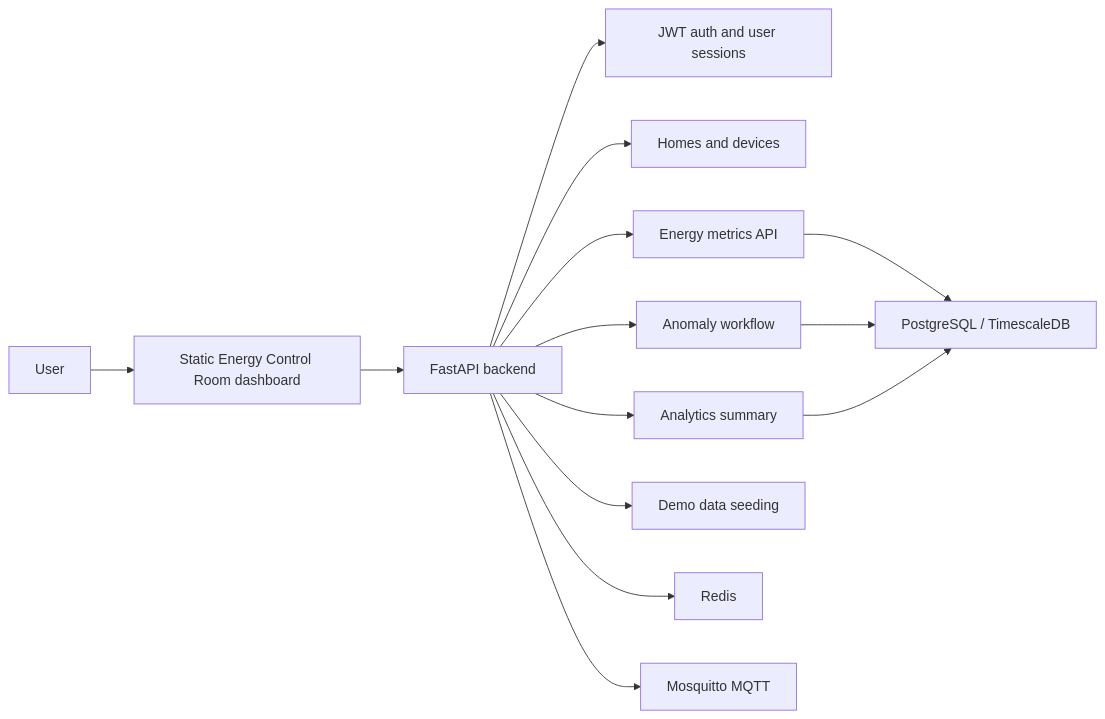
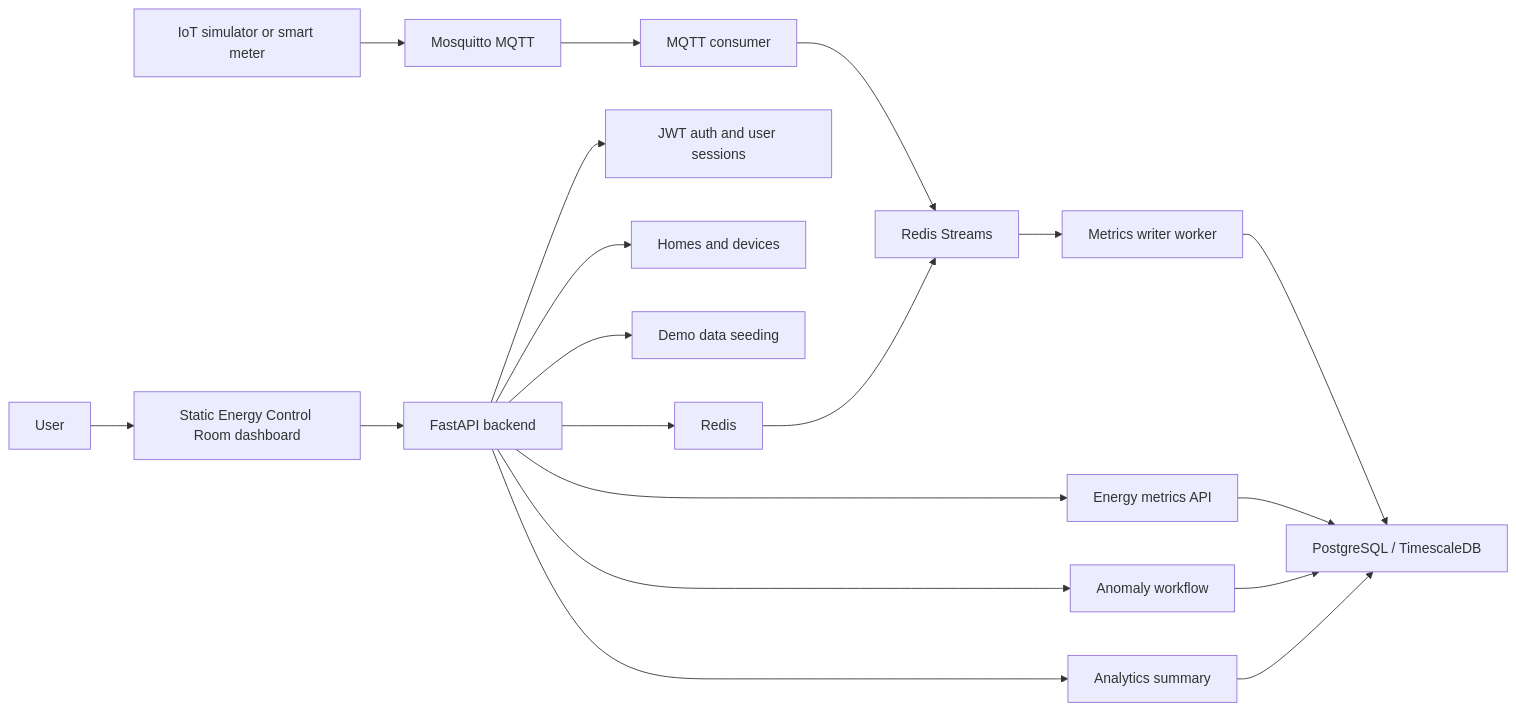
Before and after one commit to bondikk/nilm-energy-analytics-platform: the diagram in README.md, drawn with Mermaid. The commit also changed other lines of this file and 12 other files, not shown here.

Commit message:
feat: add MQTT ingestion pipeline with Redis Streams

````diff
--- a/README.md
+++ b/README.md
@@ -58,16 +59,22 @@
 ```mermaid
 flowchart LR
+  Simulator["IoT simulator or smart meter"] --> MQTT["Mosquitto MQTT"]
+  MQTT --> Consumer["MQTT consumer"]
+  Consumer --> Stream["Redis Streams"]
+  Stream --> Writer["Metrics writer worker"]
+  Writer --> DB["PostgreSQL / TimescaleDB"]
+
   User["User"] --> Frontend["Static Energy Control Room dashboard"]
   Frontend --> API["FastAPI backend"]
   API --> Auth["JWT auth and user sessions"]
   API --> Homes["Homes and devices"]
   API --> Metrics["Energy metrics API"]
   API --> Anomalies["Anomaly workflow"]
   API --> Analytics["Analytics summary"]
   API --> Demo["Demo data seeding"]
-  Metrics --> DB["PostgreSQL / TimescaleDB"]
+  Metrics --> DB
   Anomalies --> DB
   Analytics --> DB
   API --> Redis["Redis"]
-  API --> MQTT["Mosquitto MQTT"]
+  Redis --> Stream
 ```
````
